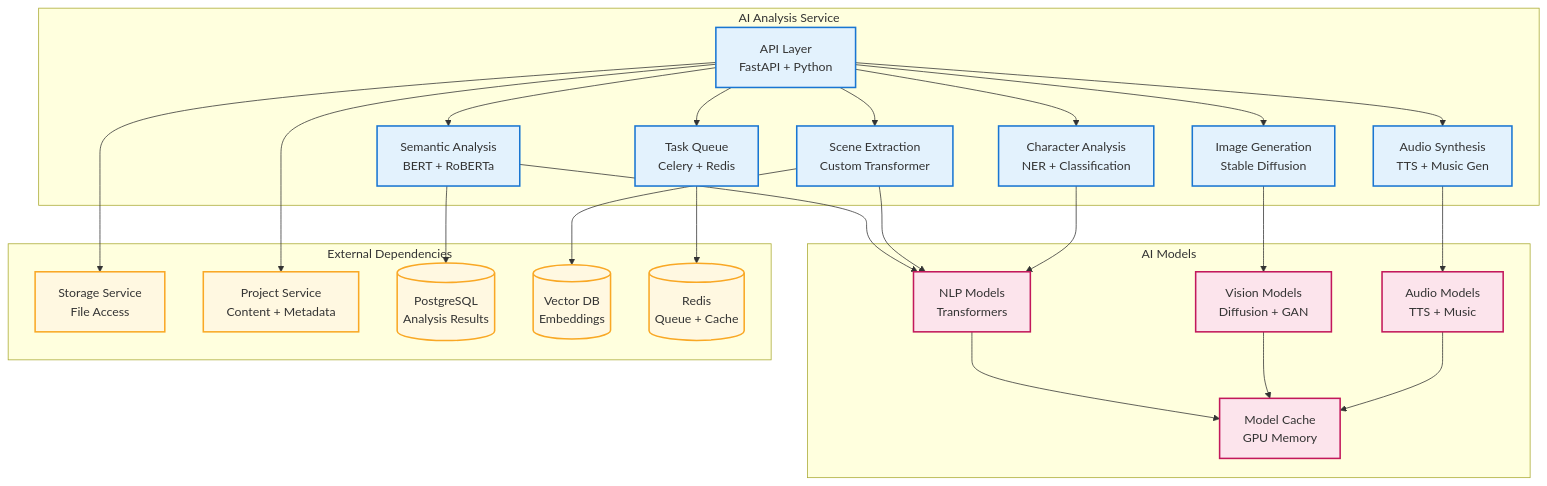
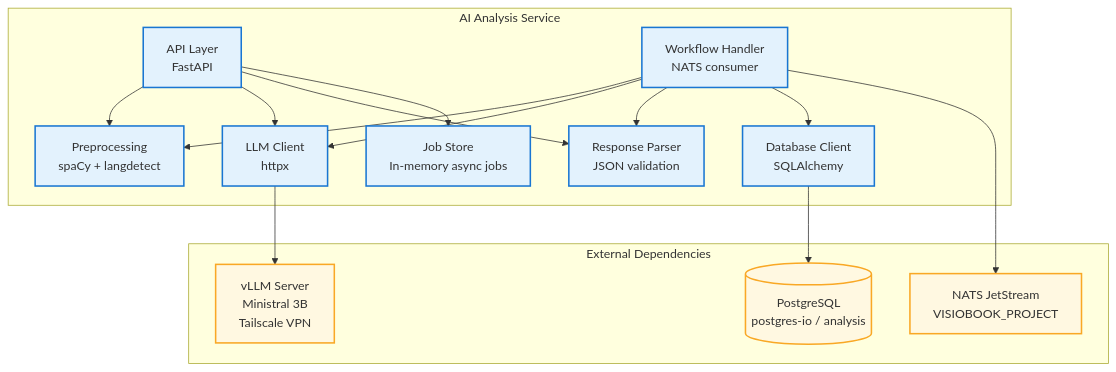
The diagram in api/ai-analysis-service.md (VisioBook-ESP/docs-architecture), drawn with Mermaid before and after one commit. The commit also changed other lines of this file and 4 other files, not shown here.

````diff
--- a/api/ai-analysis-service.md
+++ b/api/ai-analysis-service.md
@@ -23,58 +23,38 @@
 ```mermaid
 graph TB
     subgraph "AI Analysis Service"
-        API[API Layer<br/>FastAPI + Python]
-        SEMANTIC[Semantic Analysis<br/>BERT + RoBERTa]
-        SCENE[Scene Extraction<br/>Custom Transformer]
-        CHARACTER[Character Analysis<br/>NER + Classification]
-        IMAGE[Image Generation<br/>Stable Diffusion]
-        AUDIO[Audio Synthesis<br/>TTS + Music Gen]
-        QUEUE[Task Queue<br/>Celery + Redis]
-    end
-
-    subgraph "AI Models"
-        NLP[NLP Models<br/>Transformers]
-        VISION[Vision Models<br/>Diffusion + GAN]
-        AUDIO_MODEL[Audio Models<br/>TTS + Music]
-        CACHE[Model Cache<br/>GPU Memory]
+        API[API Layer<br/>FastAPI]
+        PREPROCESS[Preprocessing<br/>spaCy + langdetect]
+        LLM_CLIENT[LLM Client<br/>httpx]
+        PARSER[Response Parser<br/>JSON validation]
+        WORKFLOW[Workflow Handler<br/>NATS consumer]
+        DB_CLIENT[Database Client<br/>SQLAlchemy]
+        JOB_STORE[Job Store<br/>In-memory async jobs]
     end
 
     subgraph "External Dependencies"
-        STORAGE[Storage Service<br/>File Access]
-        PROJECT[Project Service<br/>Content + Metadata]
-        DB[(PostgreSQL<br/>Analysis Results)]
-        VECTOR[(Vector DB<br/>Embeddings)]
-        REDIS[(Redis<br/>Queue + Cache)]
+        VLLM[vLLM Server<br/>Ministral 3B<br/>Tailscale VPN]
+        DB[(PostgreSQL<br/>postgres-io / analysis)]
+        NATS[NATS JetStream<br/>VISIOBOOK_PROJECT]
     end
 
-    API --> SEMANTIC
-    API --> SCENE
-    API --> CHARACTER
-    API --> IMAGE
-    API --> AUDIO
-    API --> QUEUE
+    API --> PREPROCESS
+    API --> LLM_CLIENT
+    API --> PARSER
+    API --> JOB_STORE
 
-    SEMANTIC --> NLP
-    SCENE --> NLP
-    CHARACTER --> NLP
-    IMAGE --> VISION
-    AUDIO --> AUDIO_MODEL
+    WORKFLOW --> PREPROCESS
+    WORKFLOW --> LLM_CLIENT
+    WORKFLOW --> PARSER
+    WORKFLOW --> DB_CLIENT
+    WORKFLOW --> NATS
 
-    NLP --> CACHE
-    VISION --> CACHE
-    AUDIO_MODEL --> CACHE
-
-    API --> STORAGE
-    API --> PROJECT
-    SEMANTIC --> DB
-    SCENE --> VECTOR
-    QUEUE --> REDIS
+    LLM_CLIENT --> VLLM
+    DB_CLIENT --> DB
 
     classDef service fill:#e3f2fd,stroke:#1976d2,stroke-width:2px
-    classDef model fill:#fce4ec,stroke:#c2185b,stroke-width:2px
     classDef external fill:#fff8e1,stroke:#f9a825,stroke-width:2px
 
-    class API,SEMANTIC,SCENE,CHARACTER,IMAGE,AUDIO,QUEUE service
-    class NLP,VISION,AUDIO_MODEL,CACHE model
-    class STORAGE,PROJECT,DB,VECTOR,REDIS external
+    class API,PREPROCESS,LLM_CLIENT,PARSER,WORKFLOW,DB_CLIENT,JOB_STORE service
+    class VLLM,DB,NATS external
 ```
````
